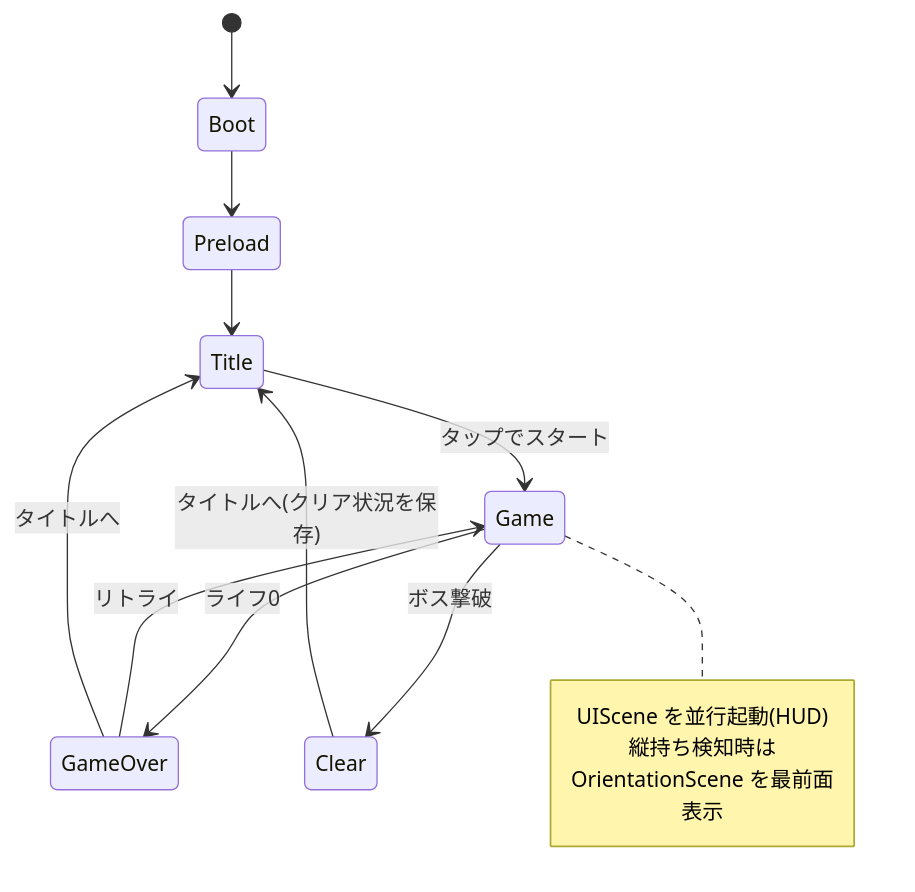
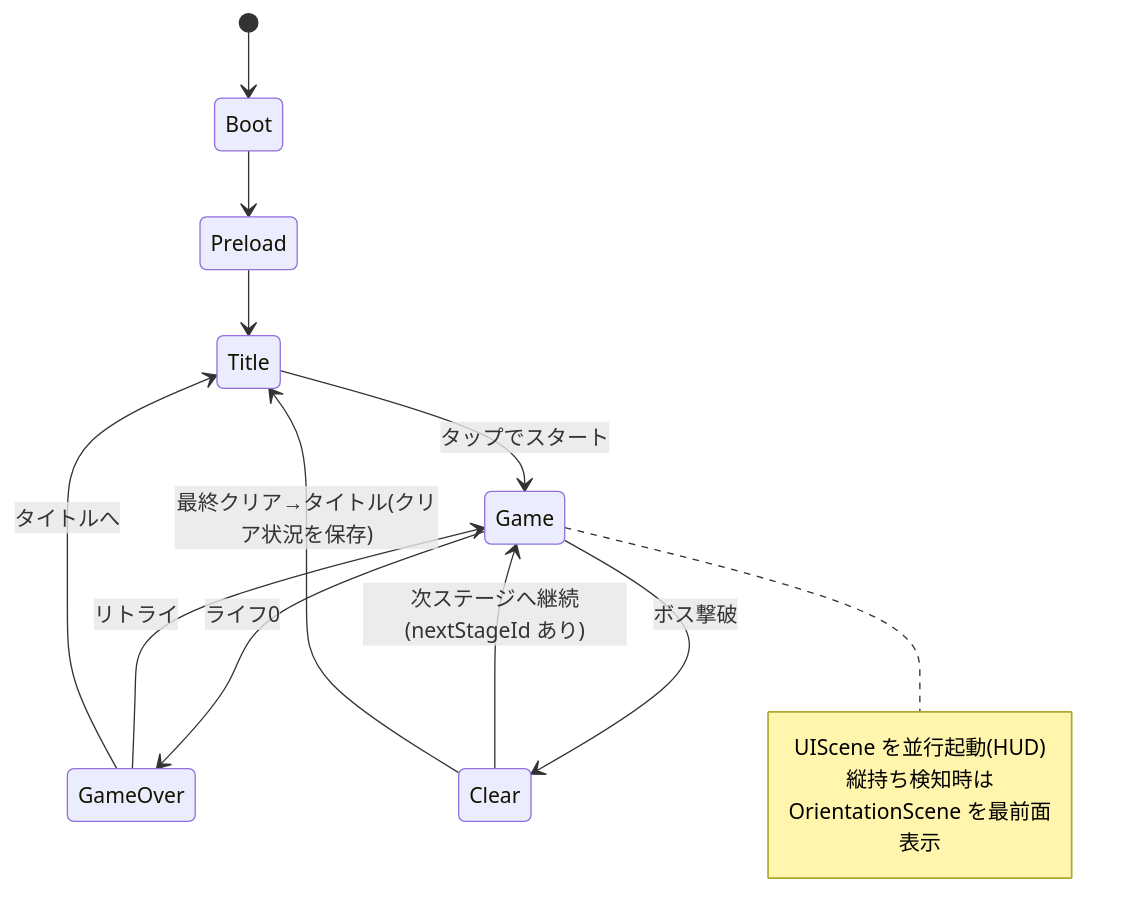
Before and after one commit to n-yata/last-spark: the second of 4 diagrams in docs/functional-design.md, drawn with Mermaid. The commit also changed other lines of this file and 20 other files, not shown here.

````diff
--- a/docs/functional-design.md
+++ b/docs/functional-design.md
@@ -248,18 +276,19 @@
 ```mermaid
 stateDiagram-v2
     [*] --> Boot
     Boot --> Preload
     Preload --> Title
     Title --> Game: タップでスタート
     Game --> GameOver: ライフ0
     Game --> Clear: ボス撃破
     GameOver --> Game: リトライ
     GameOver --> Title: タイトルへ
-    Clear --> Title: タイトルへ(クリア状況を保存)
+    Clear --> Game: 次ステージへ継続(nextStageId あり)
+    Clear --> Title: 最終クリア→タイトル(クリア状況を保存)
 
     note right of Game
         UIScene を並行起動(HUD)
         縦持ち検知時は
         OrientationScene を最前面表示
     end note
 ```
````
